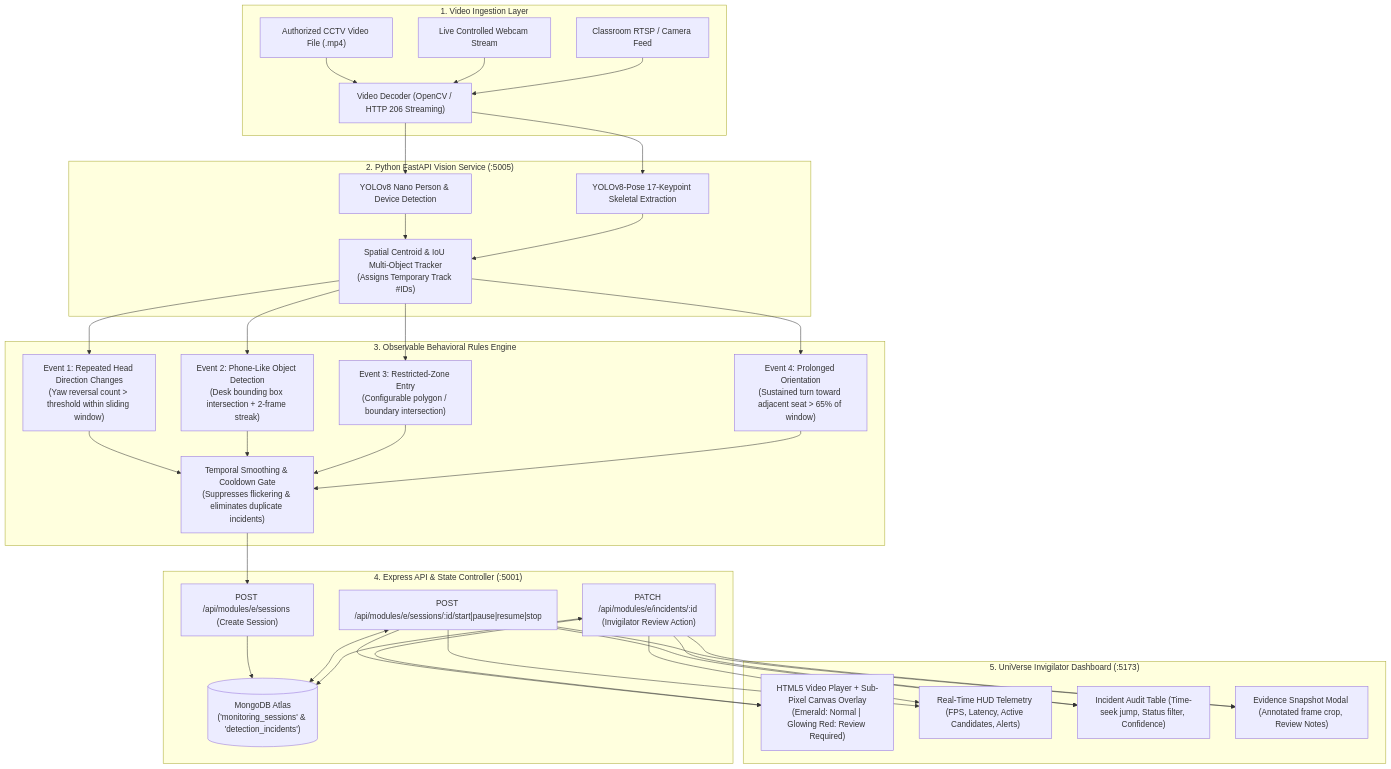
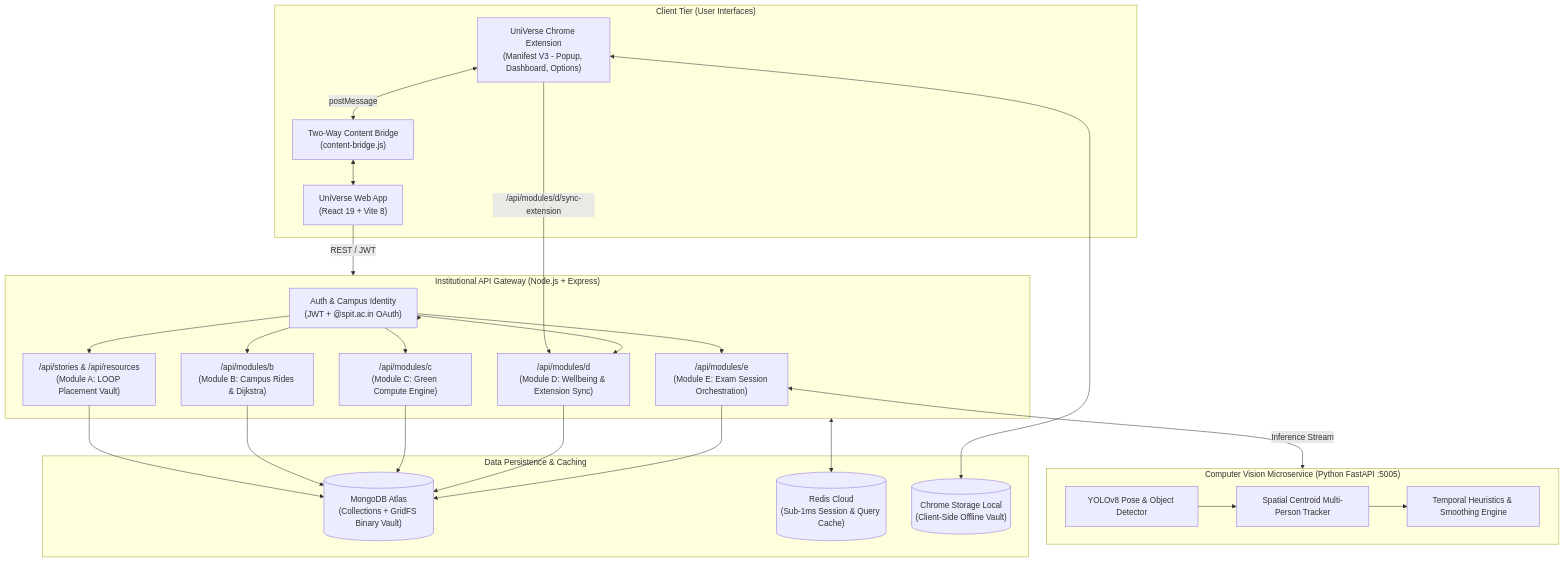
One commit to manthanpalkar/Mini-project_hackathon changed the diagram in README.md. Above: the diagram before and after it, drawn with Mermaid. The commit also changed other lines of this file, not shown here.

Commit message:
docs: transform root README into comprehensive UniVerse Campus Ecosystem specification

````diff
--- a/README.md
+++ b/README.md
@@ -590,49 +147,48 @@
 ```mermaid
 flowchart TD
-    subgraph InputStage["1. Video Ingestion Layer"]
-        V1["Authorized CCTV Video File (.mp4)"]
-        V2["Live Controlled Webcam Stream"]
-        V3["Classroom RTSP / Camera Feed"]
-        V1 & V2 & V3 --> DEC["Video Decoder (OpenCV / HTTP 206 Streaming)"]
+    subgraph ClientTier["Client Tier (User Interfaces)"]
+        WEB["UniVerse Web App\n(React 19 + Vite 8)"]
+        EXT["UniVerse Chrome Extension\n(Manifest V3 - Popup, Dashboard, Options)"]
+        BRIDGE["Two-Way Content Bridge\n(content-bridge.js)"]
     end
 
-    subgraph VisionService["2. Python FastAPI Vision Service (:5005)"]
-        DET["YOLOv8 Nano Person & Device Detection"]
-        POSE["YOLOv8-Pose 17-Keypoint Skeletal Extraction"]
-        TRK["Spatial Centroid & IoU Multi-Object Tracker\n(Assigns Temporary Track #IDs)"]
-        
-        DEC --> DET & POSE
-        DET & POSE --> TRK
+    subgraph APITier["Institutional API Gateway (Node.js + Express)"]
+        AUTH["Auth & Campus Identity\n(JWT + @spit.ac.in OAuth)"]
+        MOD_A["/api/stories & /api/resources\n(Module A: LOOP Placement Vault)"]
+        MOD_B["/api/modules/b\n(Module B: Campus Rides & Dijkstra)"]
+        MOD_C["/api/modules/c\n(Module C: Green Compute Engine)"]
+        MOD_D["/api/modules/d\n(Module D: Wellbeing & Extension Sync)"]
+        MOD_E["/api/modules/e\n(Module E: Exam Session Orchestration)"]
     end
 
-    subgraph RulesEngine["3. Observable Behavioral Rules Engine"]
-        R1["Event 1: Repeated Head Direction Changes\n(Yaw reversal count > threshold within sliding window)"]
-        R2["Event 2: Phone-Like Object Detection\n(Desk bounding box intersection + 2-frame streak)"]
-        R3["Event 3: Restricted-Zone Entry\n(Configurable polygon / boundary intersection)"]
-        R4["Event 4: Prolonged Orientation\n(Sustained turn toward adjacent seat > 65% of window)"]
-        
-        TRK --> R1 & R2 & R3 & R4
-        
-        SMOOTH["Temporal Smoothing & Cooldown Gate\n(Suppresses flickering & eliminates duplicate incidents)"]
-        R1 & R2 & R3 & R4 --> SMOOTH
+    subgraph VisionTier["Computer Vision Microservice (Python FastAPI :5005)"]
+        DETECTOR["YOLOv8 Pose & Object Detector"]
+        TRACKER["Spatial Centroid Multi-Person Tracker"]
+        RULES["Temporal Heuristics & Smoothing Engine"]
     end
 
-    subgraph BackendAPI["4. Express API & State Controller (:5001)"]
-        API1["POST /api/modules/e/sessions (Create Session)"]
-        API2["POST /api/modules/e/sessions/:id/start|pause|resume|stop"]
-        API3["PATCH /api/modules/e/incidents/:id (Invigilator Review Action)"]
-        DB[("MongoDB Atlas\n('monitoring_sessions' & 'detection_incidents')")]
-        
-        SMOOTH --> API1 --> DB
-        API2 & API3 <--> DB
+    subgraph DataTier["Data Persistence & Caching"]
+        ATLAS[("MongoDB Atlas\n(Collections + GridFS Binary Vault)")]
+        REDIS[("Redis Cloud\n(Sub-1ms Session & Query Cache)")]
+        EXT_STORE[("Chrome Storage Local\n(Client-Side Offline Vault)")]
     end
 
-    subgraph FrontendUI["5. UniVerse Invigilator Dashboard (:5173)"]
-        P1["HTML5 Video Player + Sub-Pixel Canvas Overlay\n(Emerald: Normal | Glowing Red: Review Required)"]
-        P2["Real-Time HUD Telemetry (FPS, Latency, Active Candidates, Alerts)"]
-        P3["Incident Audit Table (Time-seek jump, Status filter, Confidence)"]
-        P4["Evidence Snapshot Modal (Annotated frame crop, Review Notes)"]
-        
-        API2 & API3 --> P1 & P2 & P3 & P4
-    end
+    EXT <-->|postMessage| BRIDGE
+    BRIDGE <--> WEB
+    WEB -->|REST / JWT| APITier
+    EXT -->|/api/modules/d/sync-extension| MOD_D
+    EXT <--> EXT_STORE
+
+    APITier --> AUTH
+    AUTH --> MOD_A & MOD_B & MOD_C & MOD_D & MOD_E
+
+    MOD_A --> ATLAS
+    MOD_B --> ATLAS
+    MOD_C --> ATLAS
+    MOD_D --> ATLAS
+    MOD_E --> ATLAS
+    APITier <--> REDIS
+
+    MOD_E <-->|Inference Stream| VisionTier
+    DETECTOR --> TRACKER --> RULES
 ```
````
